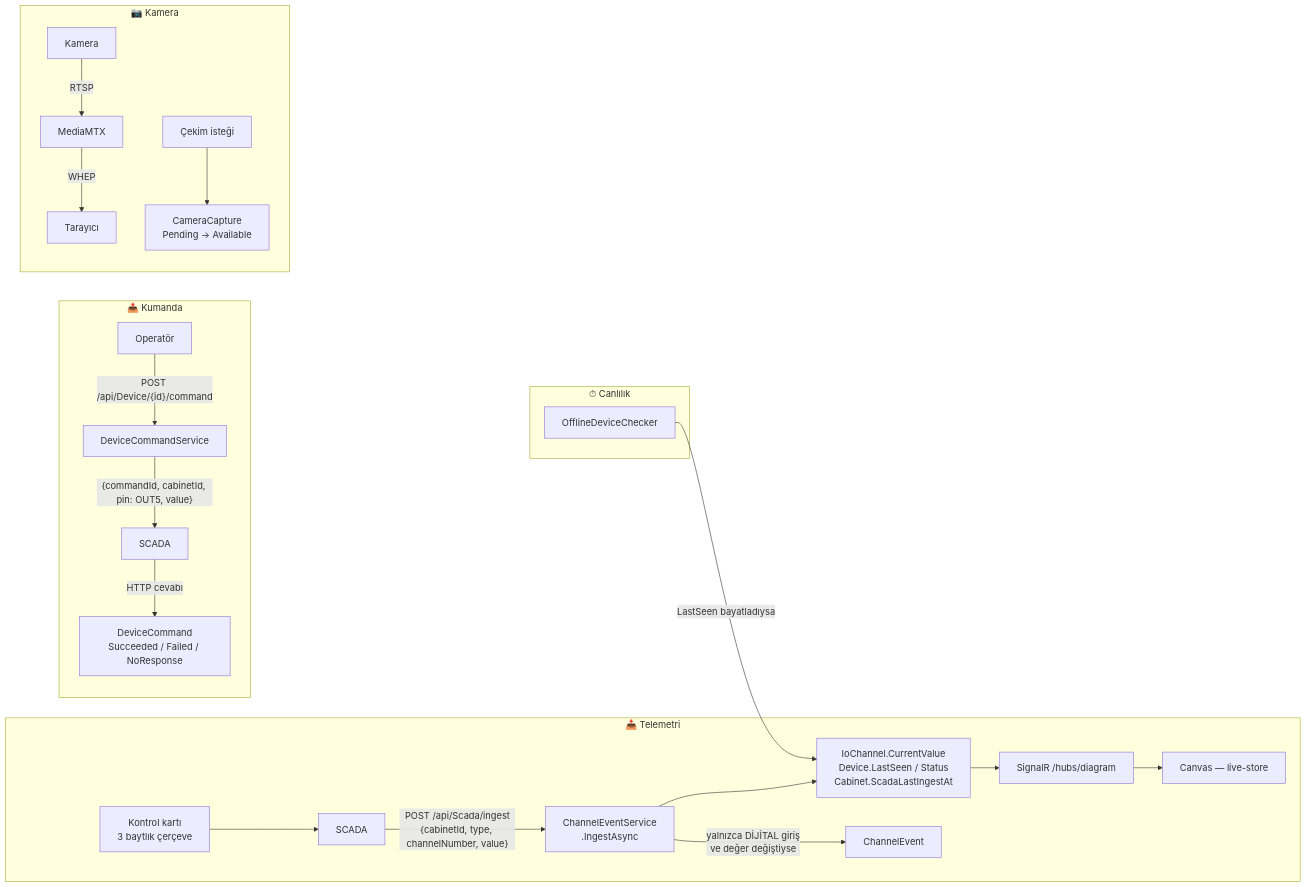
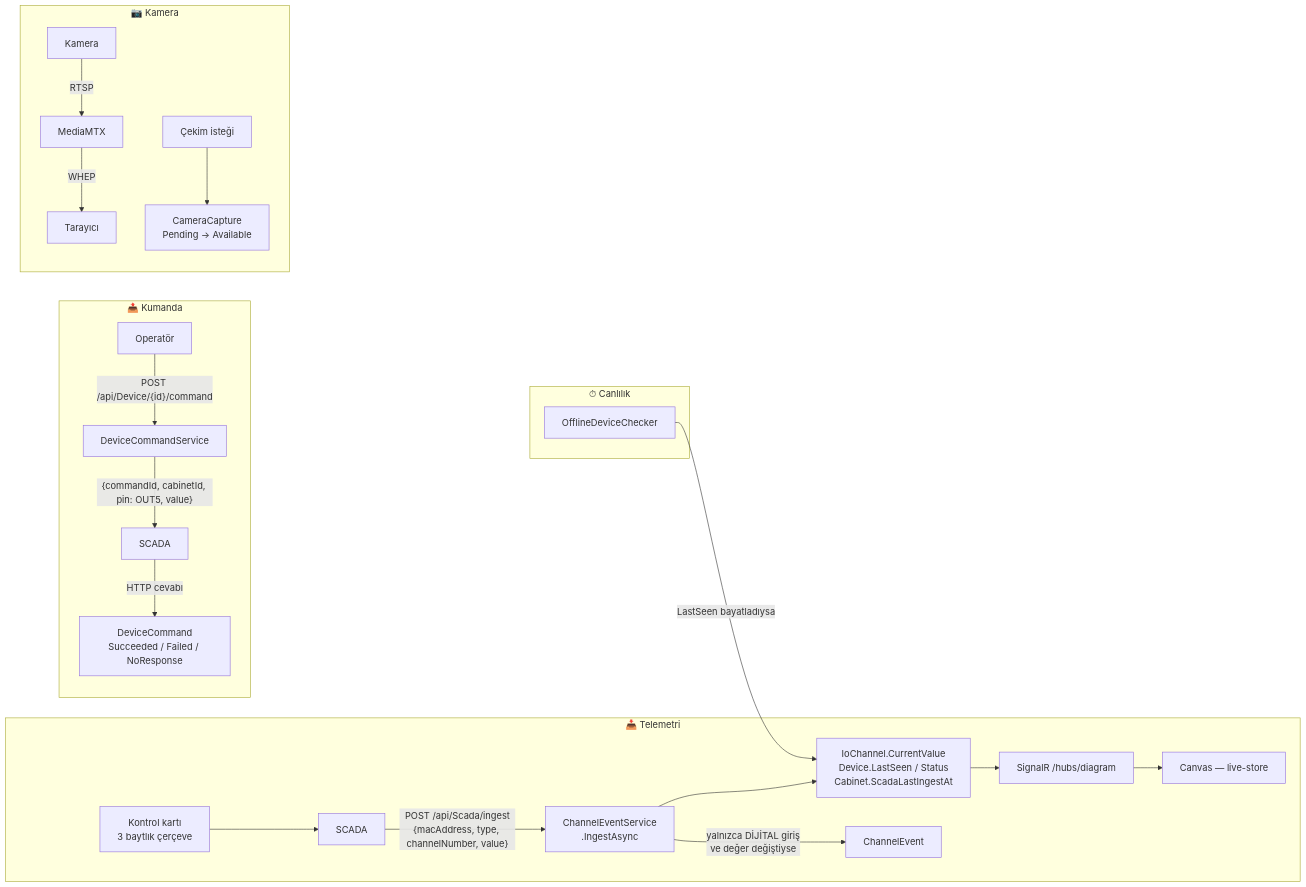
Before and after one commit to servankilinc/Scadex: the second of 2 diagrams in Docs/data-structor.md, drawn with Mermaid. The commit also changed other lines of this file and 15 other files, not shown here.

Commit message:
mac address ignest integration

````diff
--- a/Docs/data-structor.md
+++ b/Docs/data-structor.md
@@ -341,27 +341,27 @@
 ```mermaid
 flowchart LR
     subgraph OKUMA["📥 Telemetri"]
         KART["Kontrol kartı<br/>3 baytlık çerçeve"] --> SC["SCADA"]
-        SC -->|"POST /api/Scada/ingest<br/>{cabinetId, type, channelNumber, value}"| ING["ChannelEventService<br/>.IngestAsync"]
+        SC -->|"POST /api/Scada/ingest<br/>{macAddress, type, channelNumber, value}"| ING["ChannelEventService<br/>.IngestAsync"]
         ING --> CV["IoChannel.CurrentValue<br/>Device.LastSeen / Status<br/>Cabinet.ScadaLastIngestAt"]
         ING -->|"yalnızca DİJİTAL giriş<br/>ve değer değiştiyse"| CE["ChannelEvent"]
         CV --> HUB["SignalR /hubs/diagram"]
         HUB --> UI["Canvas — live-store"]
     end
 
     subgraph YAZMA["📤 Kumanda"]
         OP["Operatör"] -->|"POST /api/Device/{id}/command"| DCS["DeviceCommandService"]
         DCS -->|"{commandId, cabinetId, pin: OUT5, value}"| SC2["SCADA"]
         SC2 -->|"HTTP cevabı"| DC["DeviceCommand<br/>Succeeded / Failed / NoResponse"]
     end
 
     subgraph KAMERA["📷 Kamera"]
         CAM["Kamera"] -->|RTSP| MTX["MediaMTX"]
         MTX -->|WHEP| BR["Tarayıcı"]
         CAP["Çekim isteği"] --> CC["CameraCapture<br/>Pending → Available"]
     end
 
     subgraph SUPURUCU["⏱ Canlılık"]
         OFF["OfflineDeviceChecker"] -->|"LastSeen bayatladıysa"| CV
     end
 ```
````
